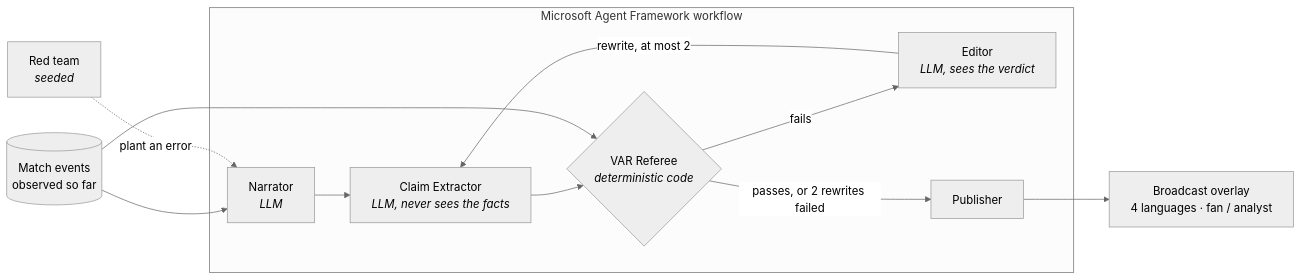
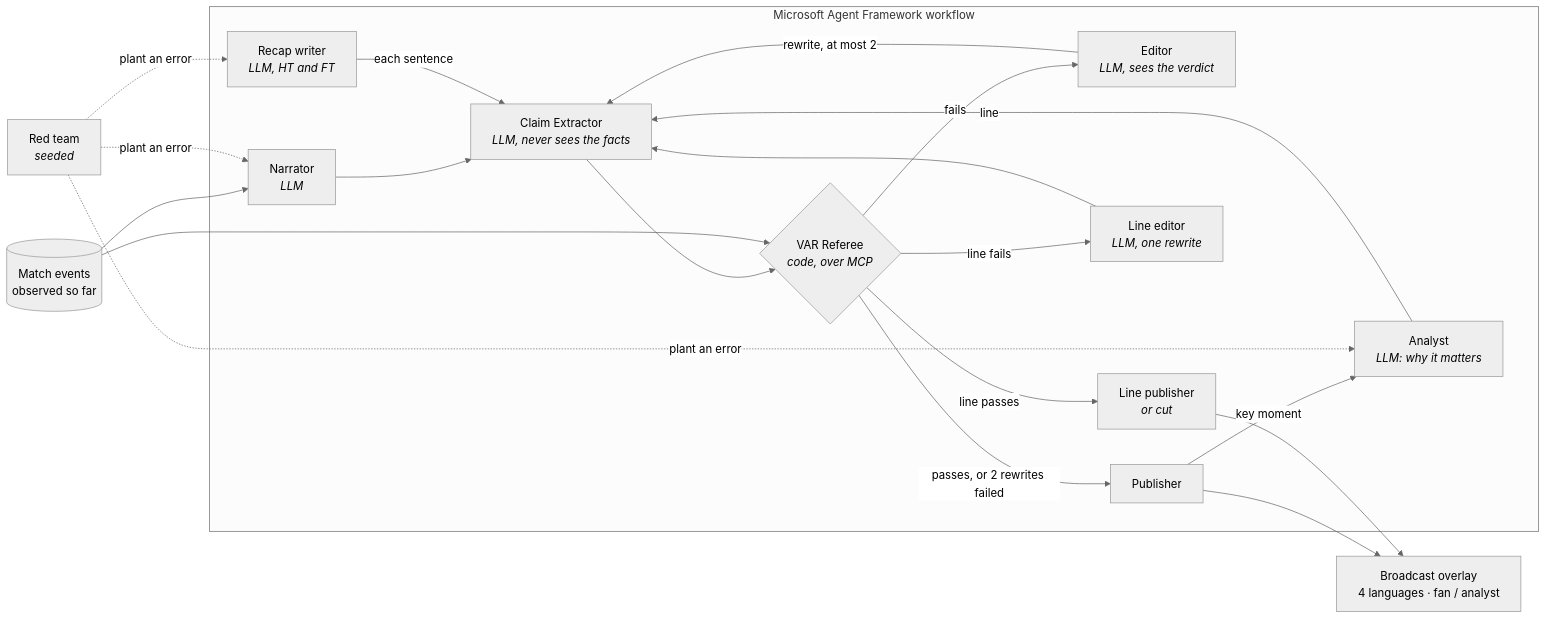
Before and after one commit to joelynli0110/captionvar: the diagram in README.md, drawn with Mermaid (neutral theme). The commit also changed other lines of this file and 2 other files, not shown here.

First line of the commit message:
docs: the Analyst, recaps, the referee over MCP and time to air

````diff
--- a/README.md
+++ b/README.md
@@ -57,14 +63,22 @@
 ```mermaid
 flowchart LR
     M[("Match events<br/>observed so far")] --> N
     subgraph Foundry["Microsoft Agent Framework workflow"]
         N["Narrator<br/><i>LLM</i>"] --> X["Claim Extractor<br/><i>LLM, never sees the facts</i>"]
-        X --> R{"VAR Referee<br/><i>deterministic code</i>"}
+        X --> R{"VAR Referee<br/><i>code, over MCP</i>"}
         R -- fails --> E["Editor<br/><i>LLM, sees the verdict</i>"]
         E -- "rewrite, at most 2" --> X
         R -- "passes, or 2 rewrites failed" --> P["Publisher"]
+        P -- "key moment" --> A["Analyst<br/><i>LLM: why it matters</i>"]
+        W["Recap writer<br/><i>LLM, HT and FT</i>"]
+        A -- "line" --> X
+        W -- "each sentence" --> X
+        R -- "line fails" --> LE["Line editor<br/><i>LLM, one rewrite</i>"]
+        LE --> X
+        R -- "line passes" --> LP["Line publisher<br/><i>or cut</i>"]
     end
     M --> R
-    RT["Red team<br/><i>seeded</i>"] -. "plant an error" .-> N
+    RT["Red team<br/><i>seeded</i>"] -. "plant an error" .-> N & A & W
     P --> V["Broadcast overlay<br/>4 languages · fan / analyst"]
+    LP --> V
 ```
````
